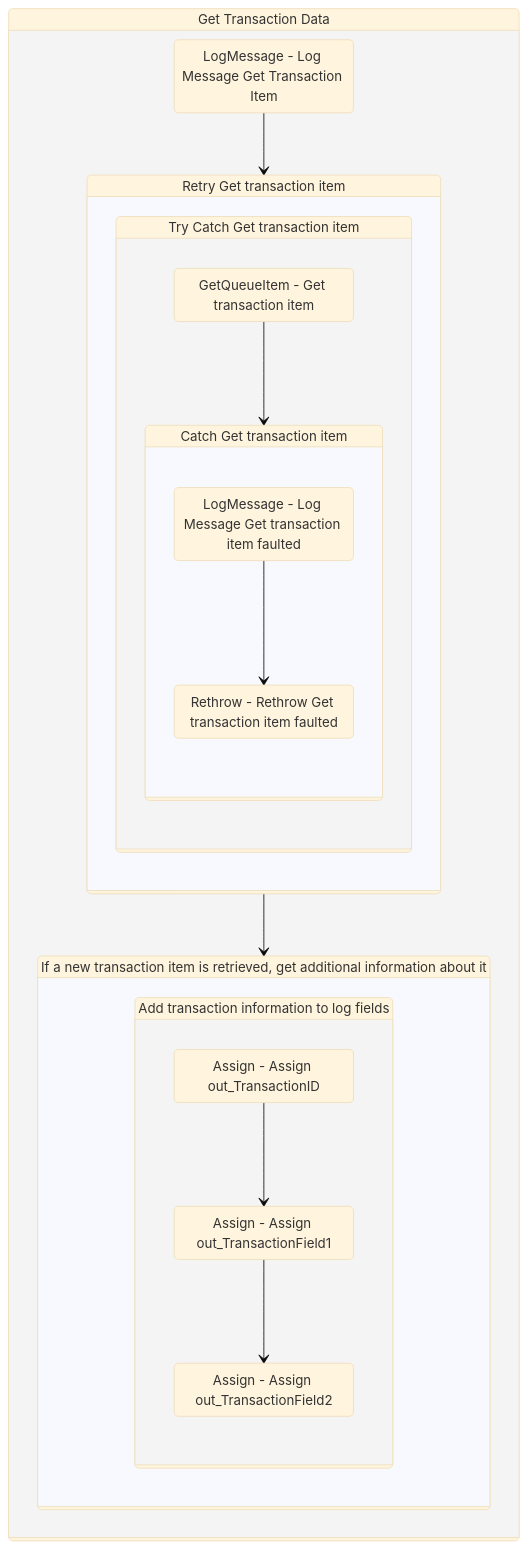
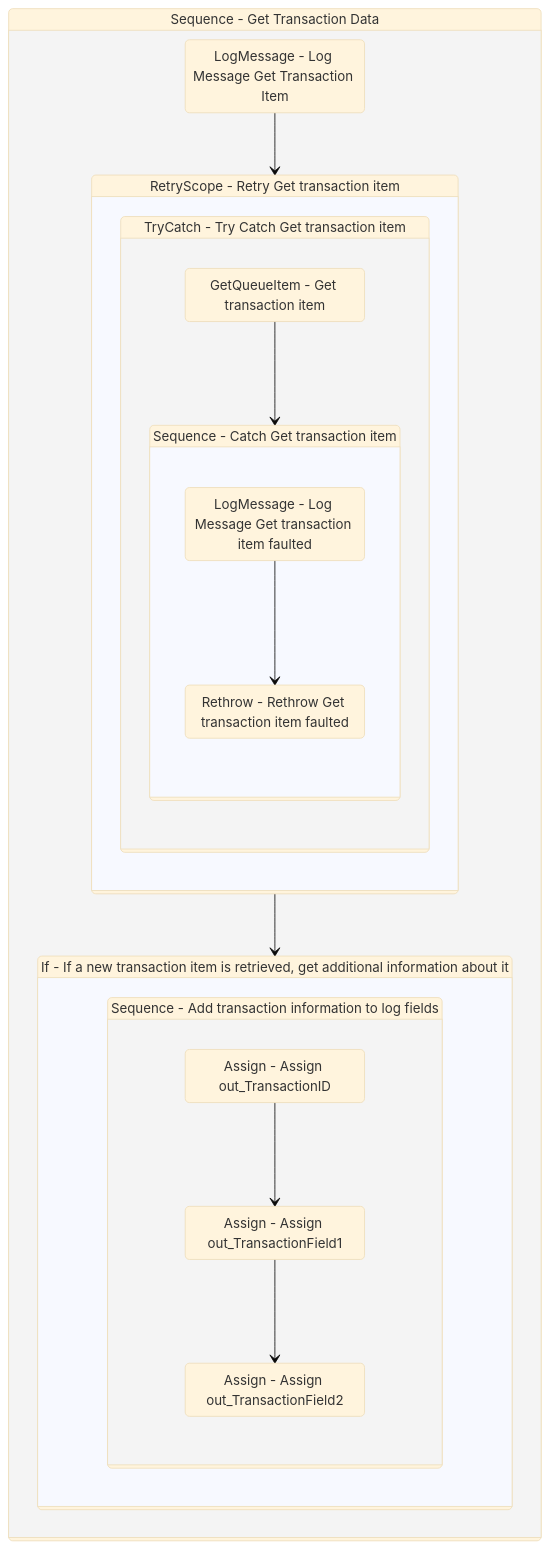
Before and after one commit to yashbrahmbhatt/LazyFramework: the diagram in Documentation/.templates/Performers/REFramework/Framework/GetTransactionData.md, drawn with Mermaid (base theme). The commit also changed other lines of this file and 78 other files, not shown here.

````diff
--- a/Documentation/.templates/Performers/REFramework/Framework/GetTransactionData.md
+++ b/Documentation/.templates/Performers/REFramework/Framework/GetTransactionData.md
@@ -82,44 +82,44 @@
 ```mermaid
 stateDiagram-v2
 
 
-Sequence_3: Get Transaction Data
+Sequence_3: Sequence - Get Transaction Data
 state Sequence_3 {
 direction TB
 LogMessage_1 : LogMessage - Log Message Get Transaction Item
 LogMessage_1 --> RetryScope_1
-RetryScope_1: Retry Get transaction item
+RetryScope_1: RetryScope - Retry Get transaction item
 state RetryScope_1 {
 direction TB
 
-TryCatch_1: Try Catch Get transaction item
+TryCatch_1: TryCatch - Try Catch Get transaction item
 state TryCatch_1 {
 direction TB
 GetQueueItem_1 : GetQueueItem - Get transaction item
 GetQueueItem_1 --> Sequence_4
-Sequence_4: Catch Get transaction item
+Sequence_4: Sequence - Catch Get transaction item
 state Sequence_4 {
 direction TB
 LogMessage_2 : LogMessage - Log Message Get transaction item faulted
 Rethrow_1 : Rethrow - Rethrow Get transaction item faulted
 LogMessage_2 --> Rethrow_1
 }
 }
 }
 RetryScope_1 --> If_1
-If_1: If a new transaction item is retrieved, get additional information about it
+If_1: If - If a new transaction item is retrieved, get additional information about it
 state If_1 {
 direction TB
 
-Sequence_2: Add transaction information to log fields
+Sequence_2: Sequence - Add transaction information to log fields
 state Sequence_2 {
 direction TB
 Assign_1 : Assign - Assign out_TransactionID
 Assign_2 : Assign - Assign out_TransactionField1
 Assign_1 --> Assign_2
 Assign_3 : Assign - Assign out_TransactionField2
 Assign_2 --> Assign_3
 }
 }
 }
 ```
````
